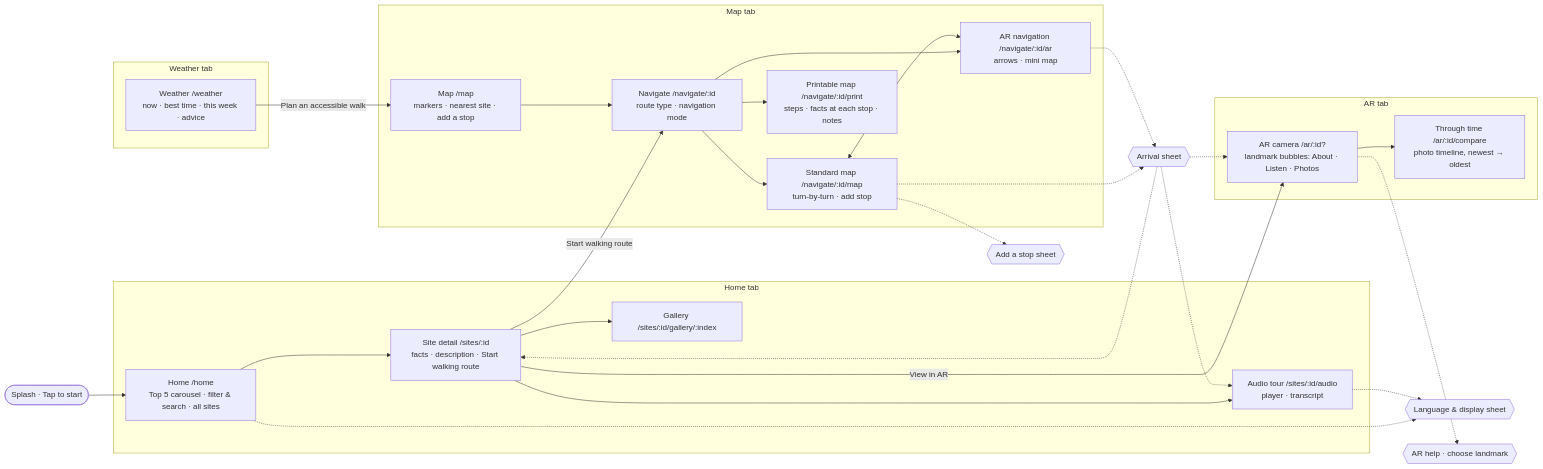
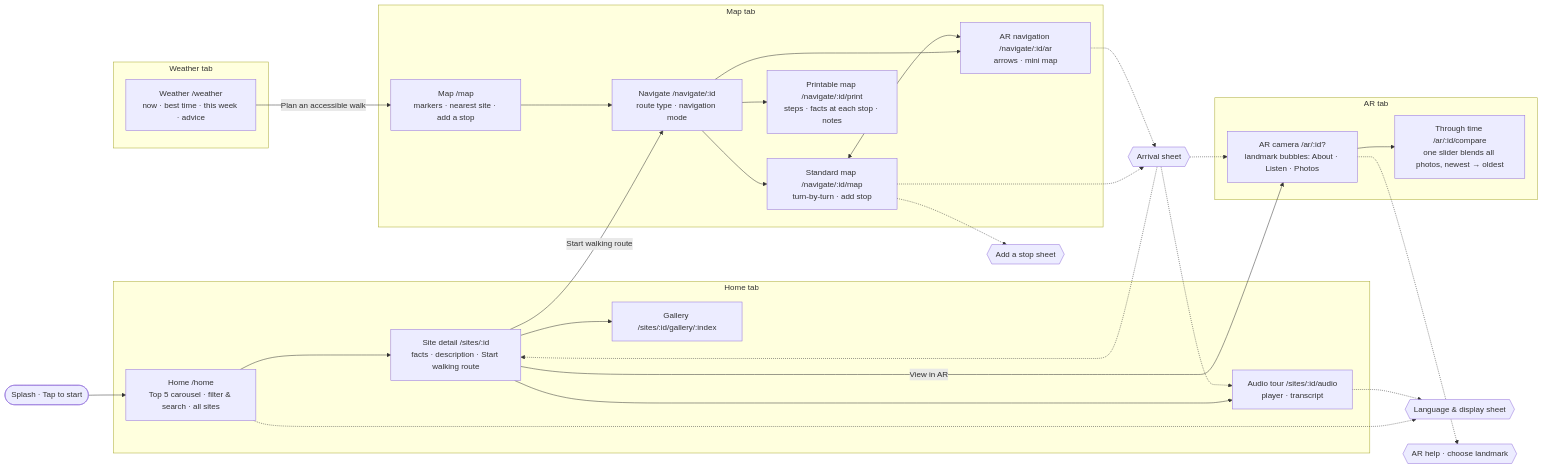
One commit to Podi-Skying/KIT519-Hobart-Historic changed the diagram in docs/a3/site-map.md. Above: the diagram before and after it, drawn with Mermaid. The commit also changed 7 other files, not shown here.

First line of the commit message:
AR through time: back to the single blend slider, across all photos

````diff
--- a/docs/a3/site-map.md
+++ b/docs/a3/site-map.md
@@ -13,55 +13,55 @@
 ```mermaid
 flowchart LR
   SPLASH([Splash · Tap to start]) --> HOME
 
   subgraph TAB_HOME [Home tab]
     HOME[Home /home<br/>Top 5 carousel · filter & search · all sites]
     SITE[Site detail /sites/:id<br/>facts · description · Start walking route]
     GALLERY[Gallery /sites/:id/gallery/:index]
     AUDIO[Audio tour /sites/:id/audio<br/>player · transcript]
     HOME --> SITE --> GALLERY
     SITE --> AUDIO
   end
 
   subgraph TAB_MAP [Map tab]
     MAP[Map /map<br/>markers · nearest site · add a stop]
     MODES[Navigate /navigate/:id<br/>route type · navigation mode]
     NAVMAP[Standard map /navigate/:id/map<br/>turn-by-turn · add stop]
     NAVAR[AR navigation /navigate/:id/ar<br/>arrows · mini map]
     PRINT[Printable map /navigate/:id/print<br/>steps · facts at each stop · notes]
     MAP --> MODES
     MODES --> NAVMAP
     MODES --> NAVAR
     MODES --> PRINT
     NAVMAP <--> NAVAR
   end
 
   subgraph TAB_AR [AR tab]
     ARCAM[AR camera /ar/:id?<br/>landmark bubbles: About · Listen · Photos]
-    COMPARE[Through time /ar/:id/compare<br/>photo timeline, newest → oldest]
+    COMPARE[Through time /ar/:id/compare<br/>one slider blends all photos, newest → oldest]
     ARCAM --> COMPARE
   end
 
   subgraph TAB_WEATHER [Weather tab]
     WEATHER[Weather /weather<br/>now · best time · this week · advice]
   end
 
   SITE -- Start walking route --> MODES
   SITE -- View in AR --> ARCAM
   WEATHER -- Plan an accessible walk --> MAP
 
   %% overlays (bottom sheets)
   LANG{{Language & display sheet}}
   STOPS{{Add a stop sheet}}
   ARRIVE{{Arrival sheet}}
   ARHELP{{AR help · choose landmark}}
   HOME -.-> LANG
   AUDIO -.-> LANG
   NAVMAP -.-> STOPS
   NAVMAP -.-> ARRIVE
   NAVAR -.-> ARRIVE
   ARRIVE -.-> AUDIO
   ARRIVE -.-> ARCAM
   ARRIVE -.-> SITE
   ARCAM -.-> ARHELP
 ```
````
